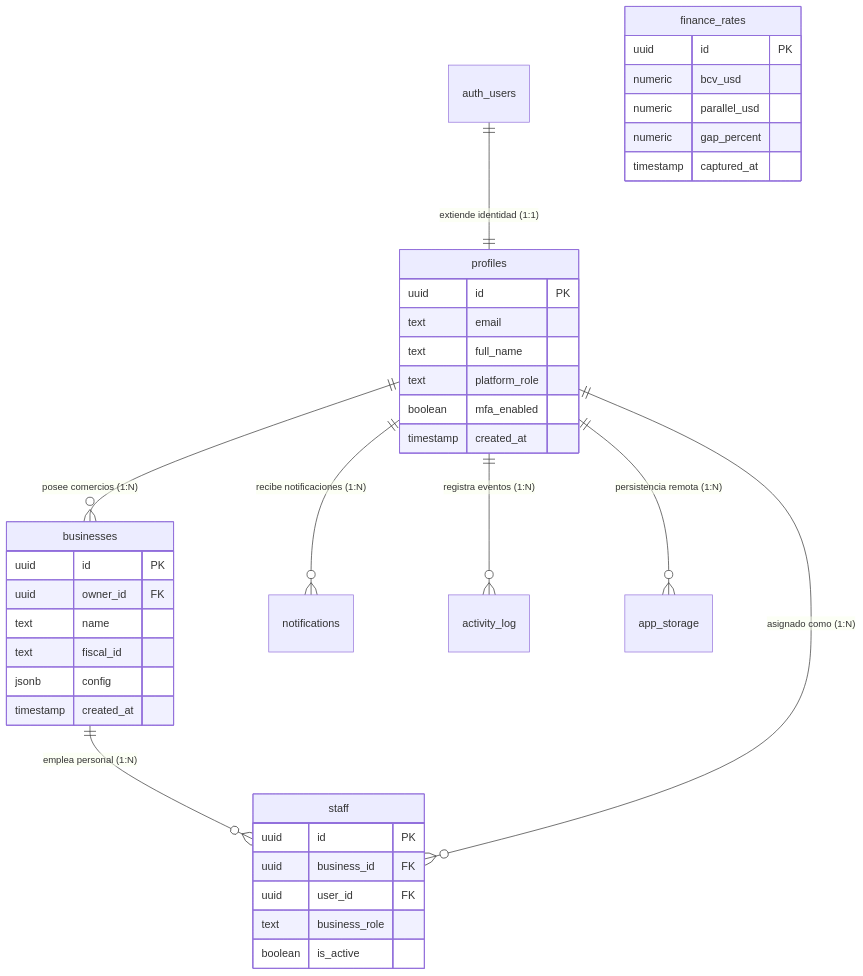
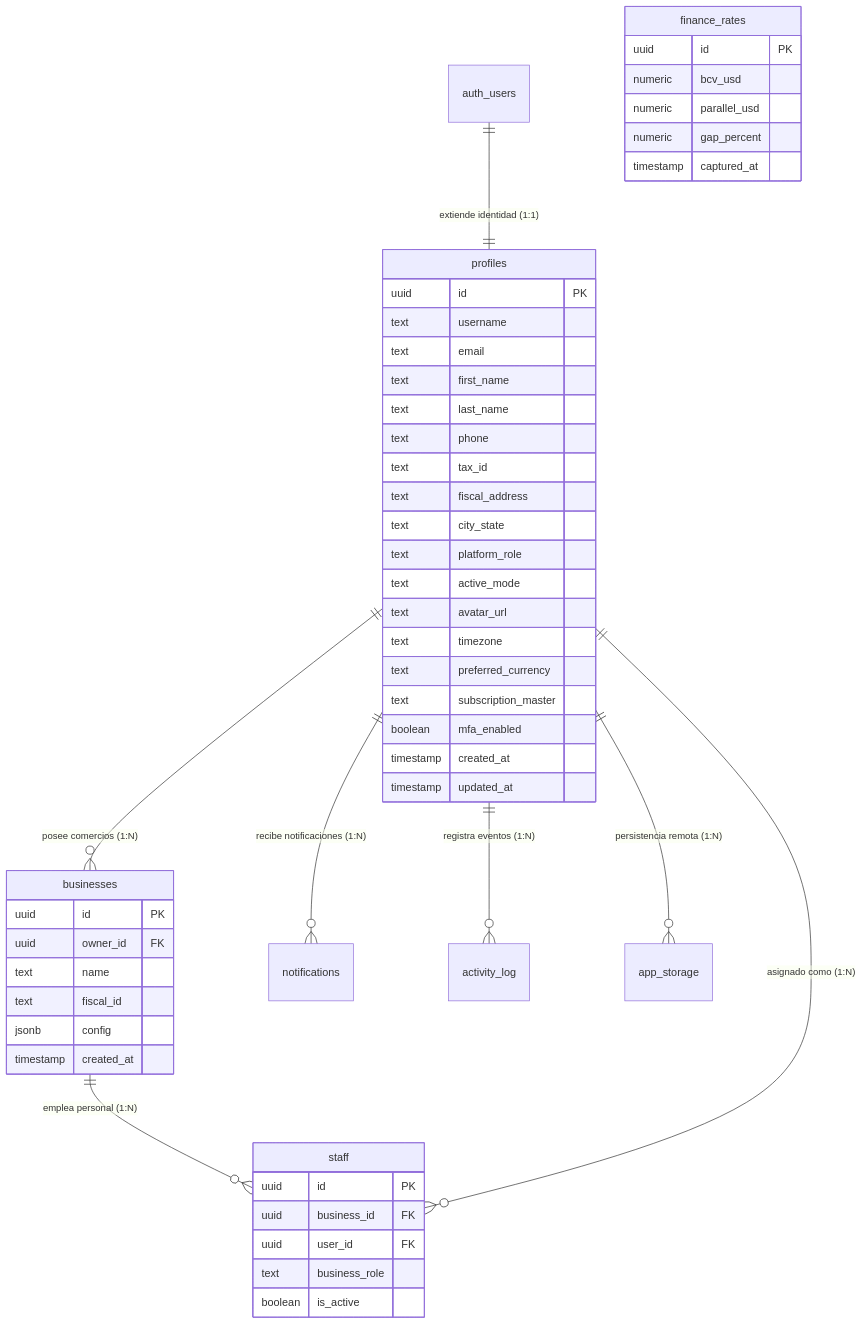
The diagram in docs/database/schema-and-tables.md (clepces/buca-ai), drawn with Mermaid before and after one commit. The commit also changed other lines of this file and 36 other files, not shown here.

Commit message:
feat(auth): canonical password recovery flow and lint cleanup

````diff
--- a/docs/database/schema-and-tables.md
+++ b/docs/database/schema-and-tables.md
@@ -12,44 +12,56 @@
 ```mermaid
 erDiagram
     auth_users ||--|| profiles : "extiende identidad (1:1)"
     profiles ||--o{ businesses : "posee comercios (1:N)"
     businesses ||--o{ staff : "emplea personal (1:N)"
     profiles ||--o{ staff : "asignado como (1:N)"
     profiles ||--o{ notifications : "recibe notificaciones (1:N)"
     profiles ||--o{ activity_log : "registra eventos (1:N)"
     profiles ||--o{ app_storage : "persistencia remota (1:N)"
 
     businesses {
         uuid id PK
         uuid owner_id FK
         text name
         text fiscal_id
         jsonb config
         timestamp created_at
     }
 
     profiles {
         uuid id PK
+        text username
         text email
-        text full_name
+        text first_name
+        text last_name
+        text phone
+        text tax_id
+        text fiscal_address
+        text city_state
         text platform_role
+        text active_mode
+        text avatar_url
+        text timezone
+        text preferred_currency
+        text subscription_master
         boolean mfa_enabled
         timestamp created_at
+        timestamp updated_at
     }
 
     staff {
         uuid id PK
         uuid business_id FK
         uuid user_id FK
         text business_role
         boolean is_active
     }
 
     finance_rates {
         uuid id PK
         numeric bcv_usd
         numeric parallel_usd
         numeric gap_percent
         timestamp captured_at
     }
 ```
````
